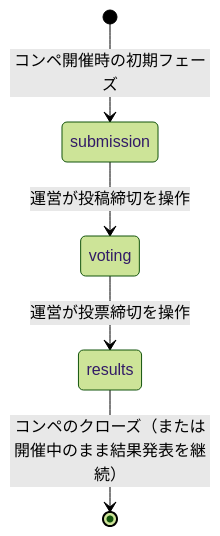
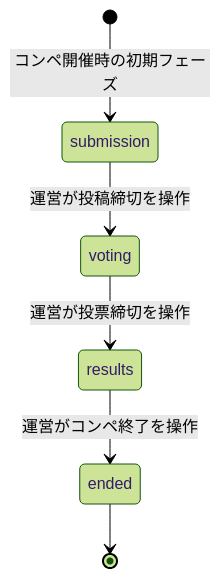
Before and after one commit to lewisia02/SwipeMatch: the tenth of 10 diagrams in docs/functional-design.md, drawn with Mermaid (forest theme). The commit also changed other lines of this file and 48 other files, not shown here.

````diff
--- a/docs/functional-design.md
+++ b/docs/functional-design.md
@@ -523,7 +582,8 @@
 ```mermaid
 stateDiagram-v2
     [*] --> submission: コンペ開催時の初期フェーズ
     submission --> voting: 運営が投稿締切を操作
     voting --> results: 運営が投票締切を操作
-    results --> [*]: コンペのクローズ（または開催中のまま結果発表を継続）
+    results --> ended: 運営がコンペ終了を操作
+    ended --> [*]
 ```
````
